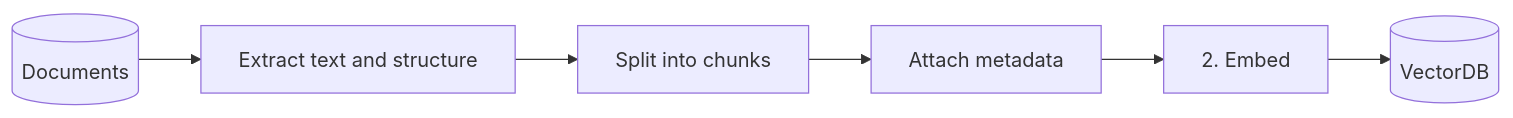
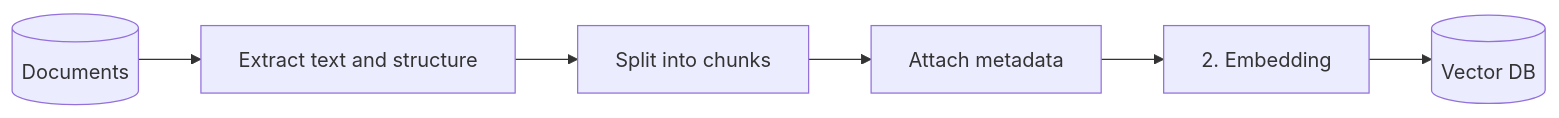
The seventh of 24 diagrams in slides/02-rag.qmd (w4bo/AA2627-unibo-dcai), drawn with Mermaid before and after one commit. The commit also changed other lines of this file, not shown here.

````diff
--- a/slides/02-rag.qmd
+++ b/slides/02-rag.qmd
@@ -296,9 +361,9 @@
 ```{mermaid}
 %%| echo: false
 flowchart LR
   Raw[(Documents)] --> Extract[Extract text and structure]
   Extract --> Split[Split into chunks]
   Split --> Meta[Attach metadata]
-  Meta --> Store[2. Embed]
-  Store --> Searchable[(VectorDB)]
+  Meta --> Store[2. Embedding]
+  Store --> Searchable[(Vector DB)]
 ```
````
